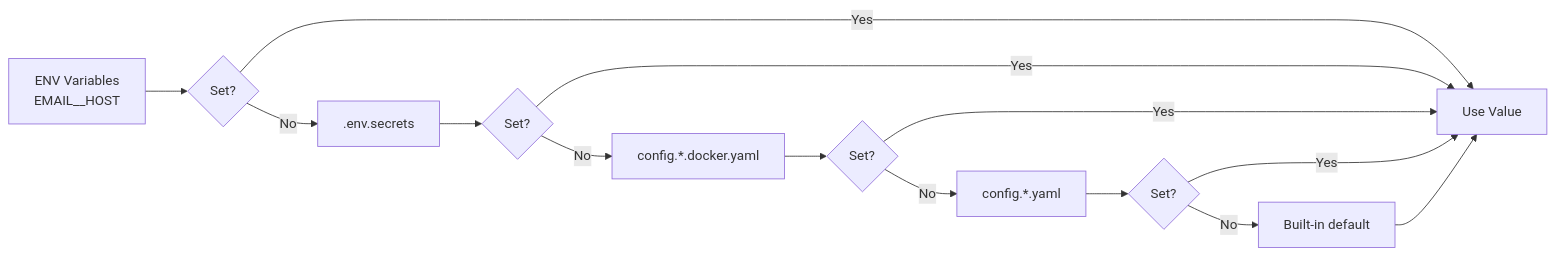
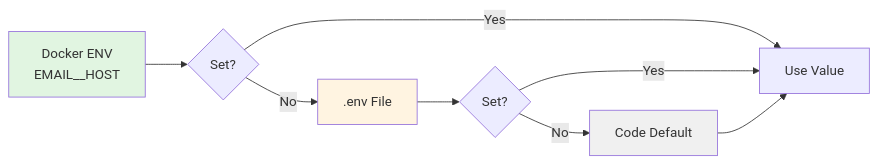
Before and after one commit to markolofsen/django-cfg: the diagram in docs/guides/docker/configuration.md, drawn with Mermaid. The commit also changed other lines of this file and 3855 other files, not shown here.

````diff
--- a/docs/guides/docker/configuration.md
+++ b/docs/guides/docker/configuration.md
@@ -45,16 +43,14 @@
 ```mermaid
 graph LR
-    A[ENV Variables<br/>EMAIL__HOST] --> B{Set?}
-    B -->|Yes| H[Use Value]
-    B -->|No| C[.env.secrets]
+    A[Docker ENV<br/>EMAIL__HOST] --> B{Set?}
+    B -->|Yes| E[Use Value]
+    B -->|No| C[.env File]
     C --> D{Set?}
-    D -->|Yes| H
-    D -->|No| E[config.*.docker.yaml]
-    E --> F{Set?}
-    F -->|Yes| H
-    F -->|No| G[config.*.yaml]
-    G --> I{Set?}
-    I -->|Yes| H
-    I -->|No| J[Built-in default]
-    J --> H
+    D -->|Yes| E
+    D -->|No| F[Code Default]
+    F --> E
+
+    style A fill:#e1f5e1
+    style C fill:#fff4e1
+    style F fill:#f0f0f0
 ```
````
